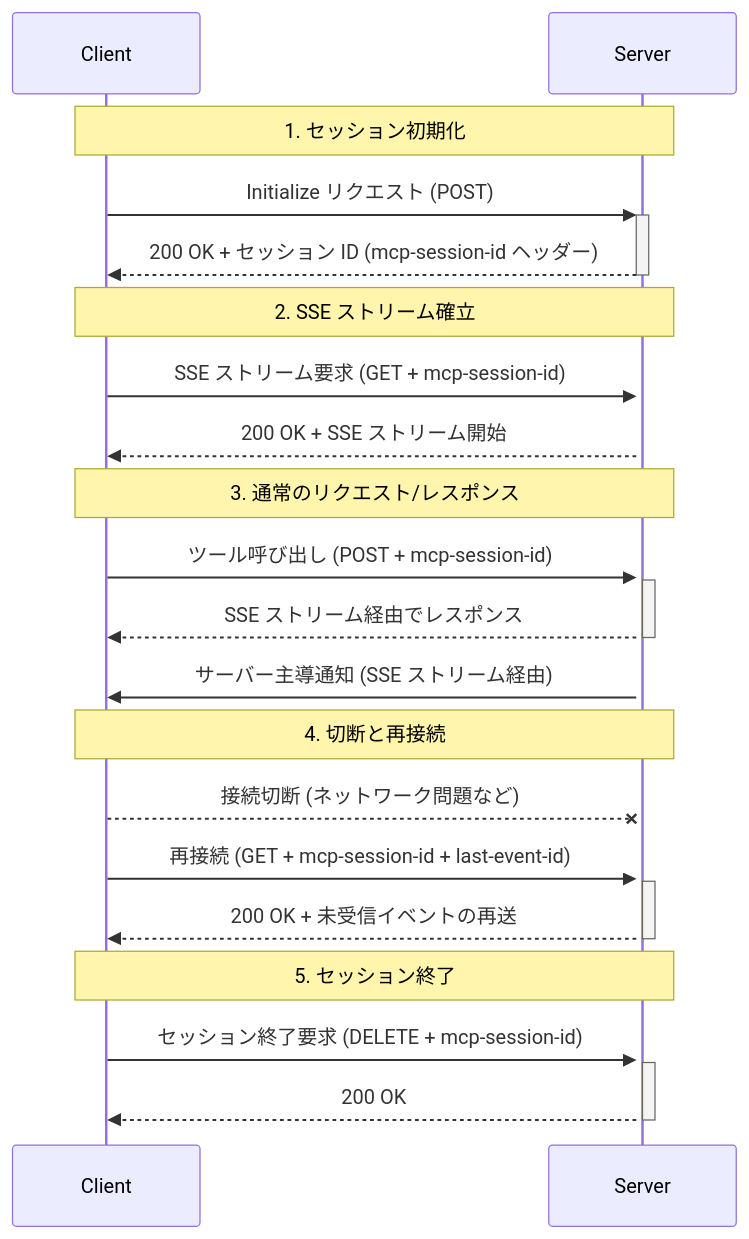
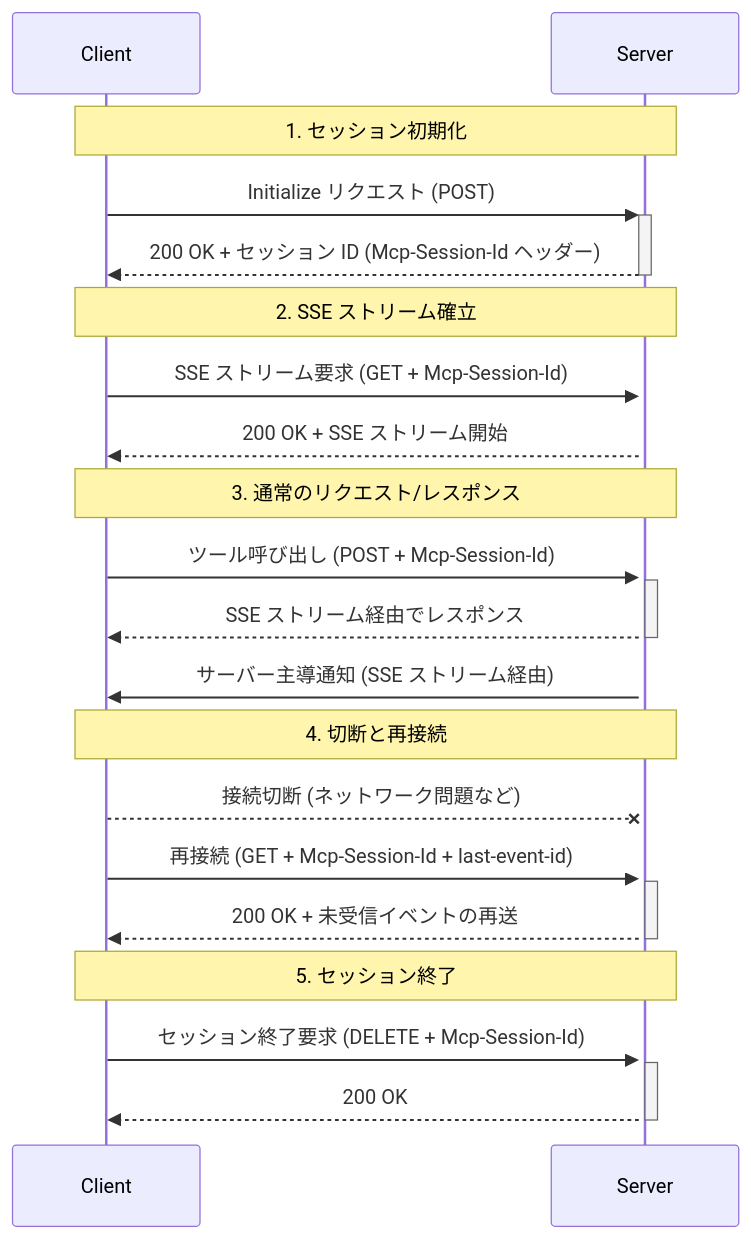
One commit to littlemex/zenn changed the diagram in books/security-of-the-mcp/chapter11.md. Above: the diagram before and after it, drawn with Mermaid. The commit also changed other lines of this file, not shown here.

````diff
--- a/books/security-of-the-mcp/chapter11.md
+++ b/books/security-of-the-mcp/chapter11.md
@@ -35,27 +35,27 @@
 ```mermaid
 sequenceDiagram
     participant Client
     participant Server
     
     Note over Client,Server: 1. セッション初期化
     Client->>+Server: Initialize リクエスト (POST)
-    Server-->>-Client: 200 OK + セッション ID (mcp-session-id ヘッダー)
+    Server-->>-Client: 200 OK + セッション ID (Mcp-Session-Id ヘッダー)
     
     Note over Client,Server: 2. SSE ストリーム確立
-    Client->>+Server: SSE ストリーム要求 (GET + mcp-session-id)
+    Client->>+Server: SSE ストリーム要求 (GET + Mcp-Session-Id)
     Server-->>Client: 200 OK + SSE ストリーム開始
     
     Note over Client,Server: 3. 通常のリクエスト/レスポンス
-    Client->>+Server: ツール呼び出し (POST + mcp-session-id)
+    Client->>+Server: ツール呼び出し (POST + Mcp-Session-Id)
     Server-->>-Client: SSE ストリーム経由でレスポンス
     Server->>Client: サーバー主導通知 (SSE ストリーム経由)
     
     Note over Client,Server: 4. 切断と再接続
     Client--xServer: 接続切断 (ネットワーク問題など)
-    Client->>+Server: 再接続 (GET + mcp-session-id + last-event-id)
+    Client->>+Server: 再接続 (GET + Mcp-Session-Id + last-event-id)
     Server-->>-Client: 200 OK + 未受信イベントの再送
     
     Note over Client,Server: 5. セッション終了
-    Client->>+Server: セッション終了要求 (DELETE + mcp-session-id)
+    Client->>+Server: セッション終了要求 (DELETE + Mcp-Session-Id)
     Server-->>-Client: 200 OK
 ```
````
